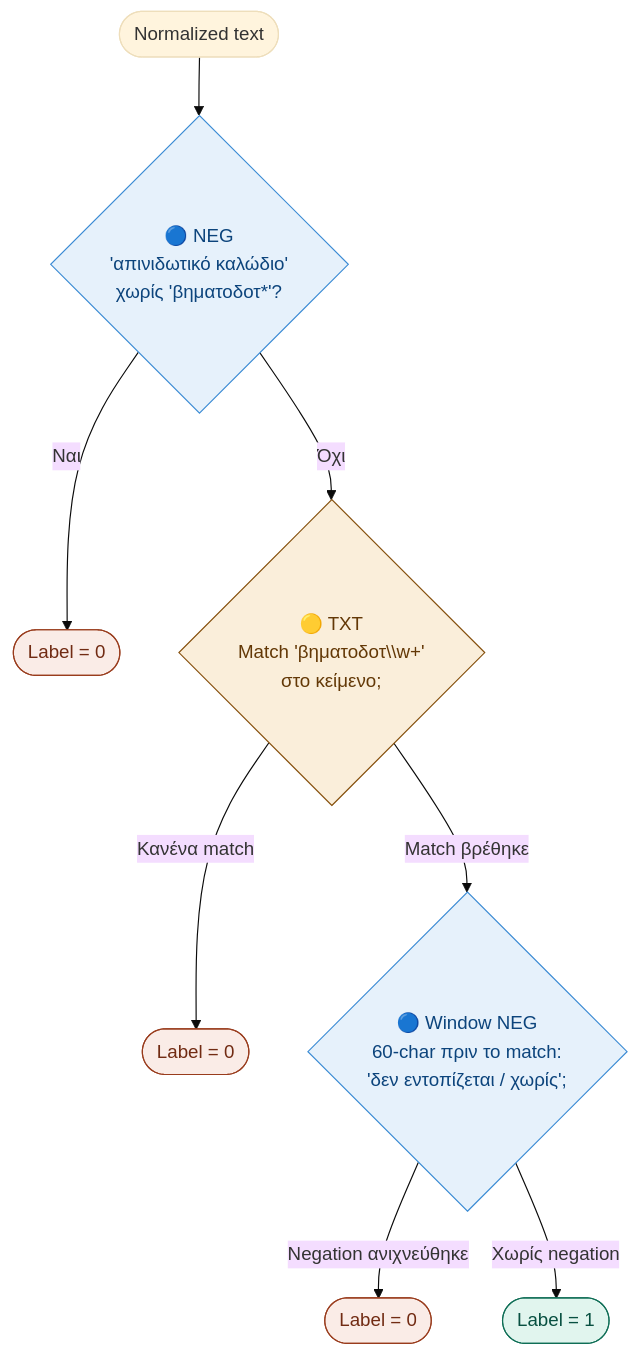
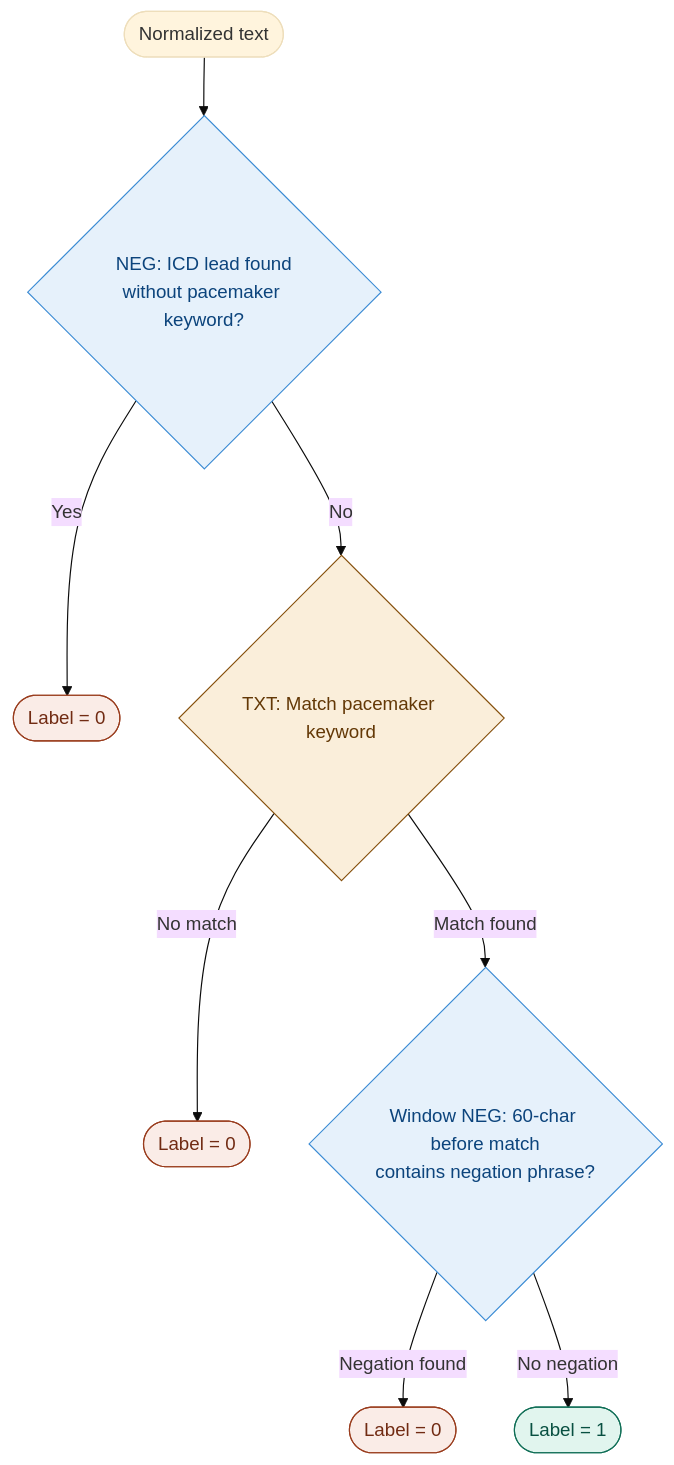
Before and after one commit to evatsioumani/Echo: the first of 17 diagrams in BINARY_EXTRACTION.md, drawn with Mermaid (base theme). The commit also changed other lines of this file, not shown here.

````diff
--- a/BINARY_EXTRACTION.md
+++ b/BINARY_EXTRACTION.md
@@ -16,18 +18,18 @@
 ```mermaid
 flowchart TD
-    A([Normalized text]) --> B{🔵 NEG\n'απινιδωτικό καλώδιο'\nχωρίς 'βηματοδοτ*'?}
-    B -->|Ναι| Z0([Label = 0])
-    B -->|Όχι| C{🟡 TXT\nMatch 'βηματοδοτ\\w+'\nστο κείμενο;}
-    C -->|Κανένα match| Z0b([Label = 0])
-    C -->|Match βρέθηκε| D{🔵 Window NEG\n60-char πριν το match:\n'δεν εντοπίζεται / χωρίς';}
-    D -->|Negation ανιχνεύθηκε| Z0c([Label = 0])
-    D -->|Χωρίς negation| Z1([Label = 1])
+    A([Normalized text]) --> B{NEG: ICD lead found\nwithout pacemaker keyword?}
+    B -->|Yes| Z0([Label = 0])
+    B -->|No| C{TXT: Match pacemaker keyword}
+    C -->|No match| Z0b([Label = 0])
+    C -->|Match found| D{Window NEG: 60-char before match\ncontains negation phrase?}
+    D -->|Negation found| Z0c([Label = 0])
+    D -->|No negation| Z1([Label = 1])
 
     style Z0 fill:#FAECE7,stroke:#993C1D,color:#712B13
     style Z0b fill:#FAECE7,stroke:#993C1D,color:#712B13
     style Z0c fill:#FAECE7,stroke:#993C1D,color:#712B13
     style Z1 fill:#E1F5EE,stroke:#0F6E56,color:#085041
     style B fill:#E6F1FB,stroke:#3B8BD4,color:#0C447C
     style D fill:#E6F1FB,stroke:#3B8BD4,color:#0C447C
     style C fill:#FAEEDA,stroke:#854F0B,color:#633806
 ```
````
